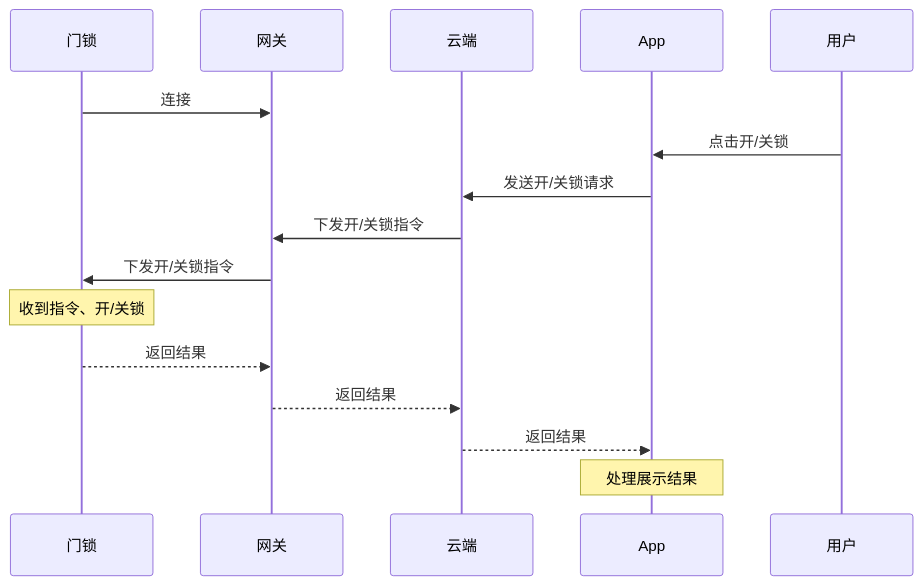
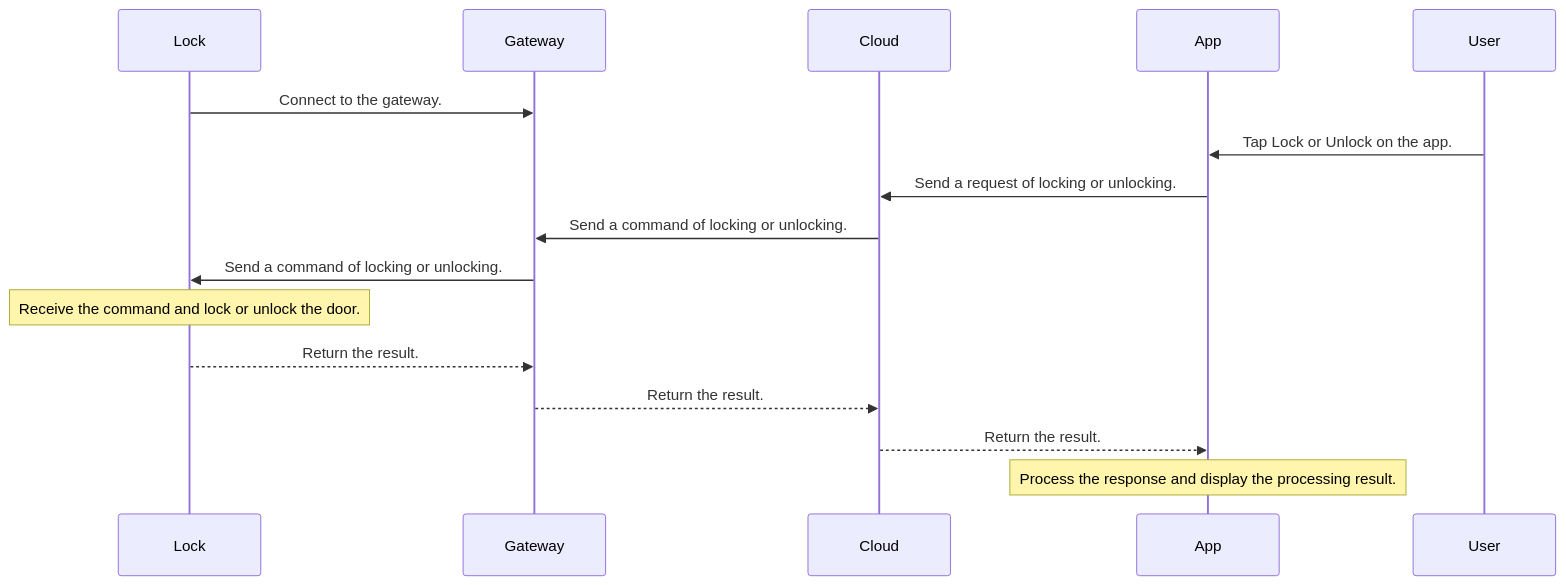
One commit to tuya/tuya-lock-android-demo changed the fifth of 11 diagrams in lock/README.md. Above: the diagram before and after it, drawn with Mermaid. The commit also changed other lines of this file and 1 other file, not shown here.

````diff
--- a/lock/README.md
+++ b/lock/README.md
@@ -544,18 +564,18 @@
 ```mermaid
 sequenceDiagram
-participant D as 门锁
-participant G as 网关
-participant C as 云端
+participant D as Lock
+participant G as Gateway
+participant C as Cloud
 participant A as App
-participant U as 用户
-D->>G: 连接
-U->>A: 点击开/关锁
-A->>C: 发送开/关锁请求
-C->>G: 下发开/关锁指令
-G->>D: 下发开/关锁指令
-Note over D: 收到指令、开/关锁
-D-->>G: 返回结果
-G-->>C: 返回结果
-C-->>A: 返回结果
-Note over A: 处理展示结果
+participant U as User
+D->>G: Connect to the gateway.
+U->>A: Tap Lock or Unlock on the app.
+A->>C: Send a request of locking or unlocking.
+C->>G: Send a command of locking or unlocking.
+G->>D: Send a command of locking or unlocking.
+Note over D: Receive the command and lock or unlock the door.
+D-->>G: Return the result.
+G-->>C: Return the result.
+C-->>A: Return the result.
+Note over A: Process the response and display the processing result.
 ```
````
